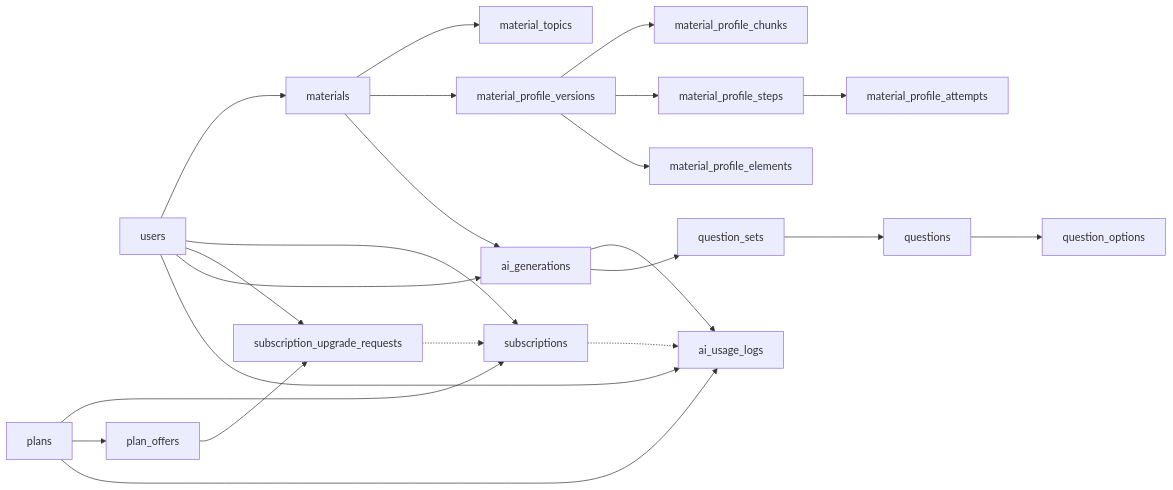
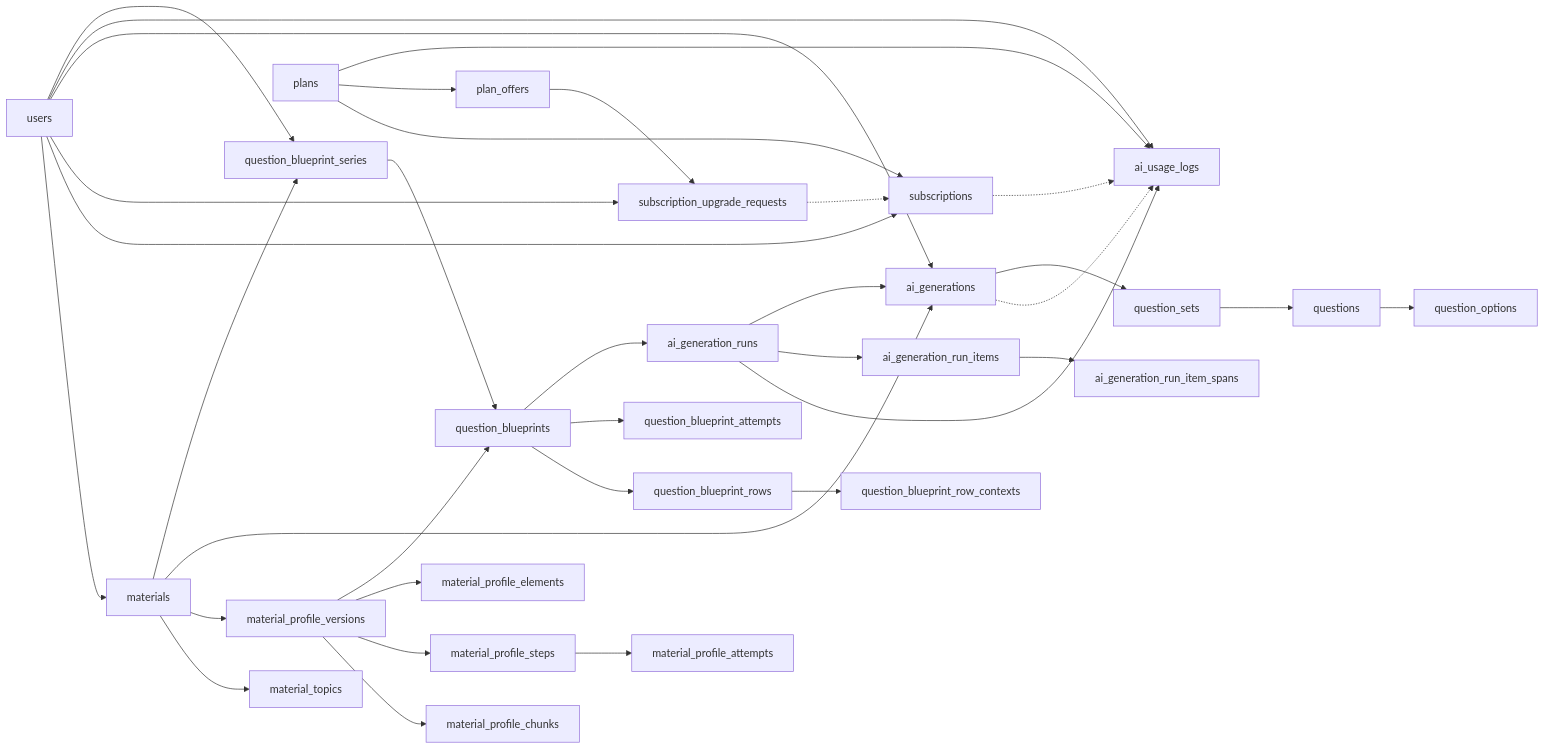
The first of 2 diagrams in docs/database/DATABASE_REFERENCE.md (1aghismuhammad/Quiestion-Bank-), drawn with Mermaid before and after one commit. The commit also changed other lines of this file and 231 other files, not shown here.

Commit message:
feat: add blueprint-driven generation runs

````diff
--- a/docs/database/DATABASE_REFERENCE.md
+++ b/docs/database/DATABASE_REFERENCE.md
@@ -21,25 +21,37 @@
 ```mermaid
 flowchart LR
     U[users] --> M[materials]
     M --> T[material_topics]
     M --> PV[material_profile_versions]
     PV --> PC[material_profile_chunks]
     PV --> PS[material_profile_steps]
     PV --> PE[material_profile_elements]
     PS --> PA[material_profile_attempts]
     U --> Sub[subscriptions]
     Pl[plans] --> Sub
     Pl --> Off[plan_offers]
     U --> Req[subscription_upgrade_requests]
     Off --> Req
     Req -.-> Sub
     U --> G[ai_generations]
     M --> G
     U --> L[ai_usage_logs]
     Pl --> L
     Sub -.-> L
-    G --> L
+    G -.-> L
+    R[ai_generation_runs] --> L
+    U --> S[question_blueprint_series]
+    M --> S
+    S --> BP[question_blueprints]
+    PV --> BP
+    BP --> BR[question_blueprint_rows]
+    BR --> BC[question_blueprint_row_contexts]
+    BP --> BA[question_blueprint_attempts]
+    BP --> R
+    R --> RI[ai_generation_run_items]
+    RI --> RS[ai_generation_run_item_spans]
+    R --> G
     G --> QS[question_sets]
     QS --> Q[questions]
     Q --> O[question_options]
 ```
````
